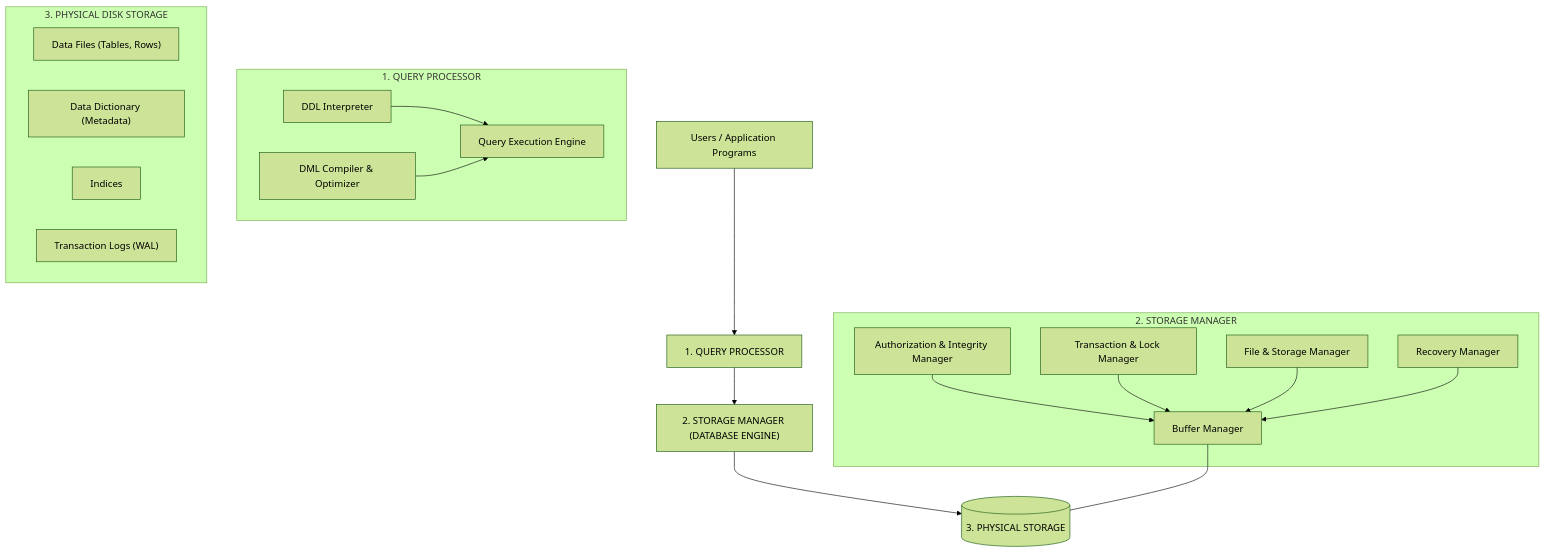
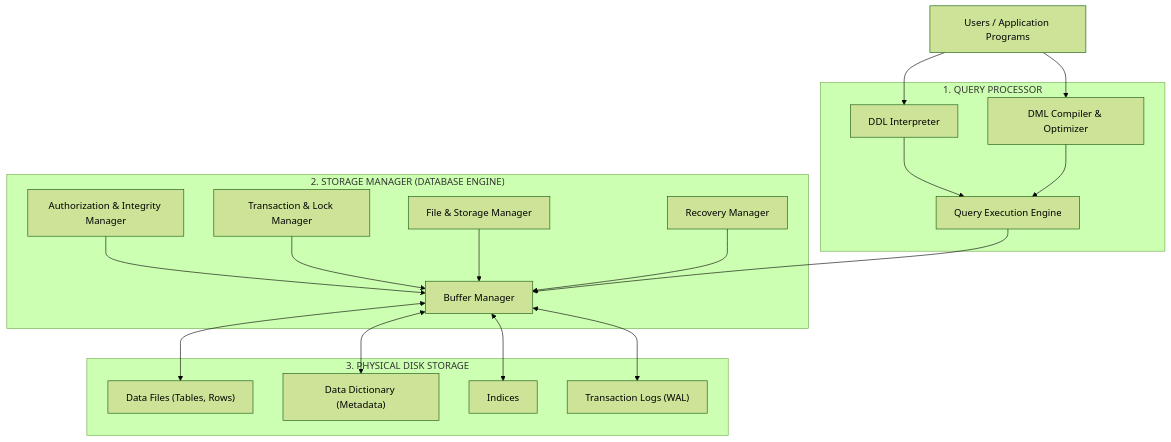
Diagram 13 of 18 in all-theories-with-previous-questions-attached/database.md (daihan054/Govt-it-question-bank-last-16-years-compact-it), drawn with Mermaid (forest theme) before and after one commit. The commit also changed other lines of this file, not shown here.

Commit message:
fix(database): streamline DBMS architecture and data models mermaid flowcharts for GitHub rendering

````diff
--- a/all-theories-with-previous-questions-attached/database.md
+++ b/all-theories-with-previous-questions-attached/database.md
@@ -1793,37 +1793,36 @@
 ```mermaid
 flowchart TD
-    USER["Users / Application Programs"] --> QP_HEAD["1. QUERY PROCESSOR"]
+    USER["Users / Application Programs"] --> DDL_I["DDL Interpreter"]
+    USER --> DML_C["DML Compiler & Optimizer"]
     
     subgraph QP_BOX["1. QUERY PROCESSOR"]
-        DDL_I["DDL Interpreter"]
-        DML_C["DML Compiler & Optimizer"]
-        QEE["Query Execution Engine"]
-        DDL_I --> QEE
+        DDL_I --> QEE["Query Execution Engine"]
         DML_C --> QEE
     end
     
-    QP_HEAD --> SM_HEAD["2. STORAGE MANAGER (DATABASE ENGINE)"]
-    
-    subgraph SM_BOX["2. STORAGE MANAGER"]
+    subgraph SM_BOX["2. STORAGE MANAGER (DATABASE ENGINE)"]
         AUTH["Authorization & Integrity Manager"]
         TX["Transaction & Lock Manager"]
         BUF["Buffer Manager"]
         FILE["File & Storage Manager"]
         REC["Recovery Manager"]
         AUTH --> BUF
         TX --> BUF
         FILE --> BUF
         REC --> BUF
     end
     
-    SM_HEAD --> DISK_STORAGE[("3. PHYSICAL STORAGE")]
+    QEE --> BUF
     
     subgraph DISK_BOX["3. PHYSICAL DISK STORAGE"]
         DATA["Data Files (Tables, Rows)"]
         DICT["Data Dictionary (Metadata)"]
         IDX["Indices"]
         LOGS["Transaction Logs (WAL)"]
     end
     
-    BUF --- DISK_STORAGE
+    BUF <--> DATA
+    BUF <--> DICT
+    BUF <--> IDX
+    BUF <--> LOGS
 ```
````
